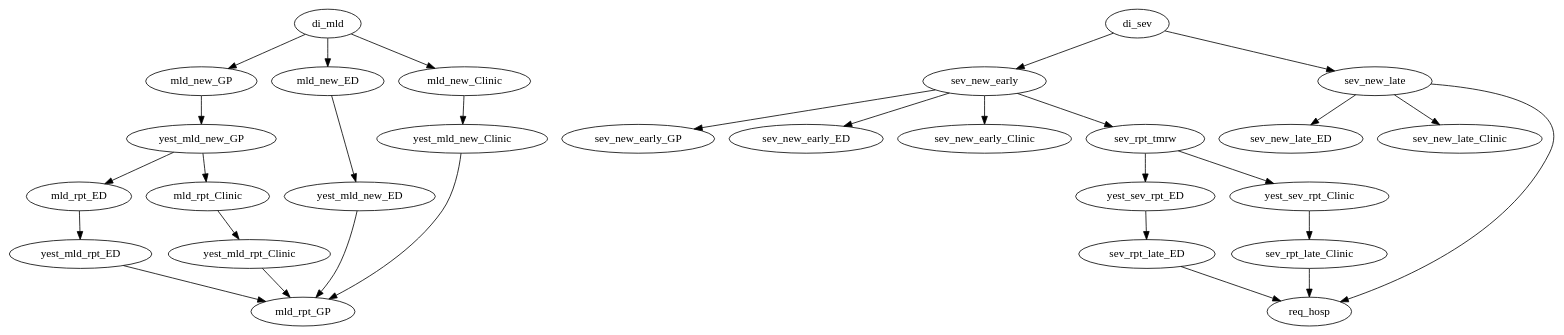
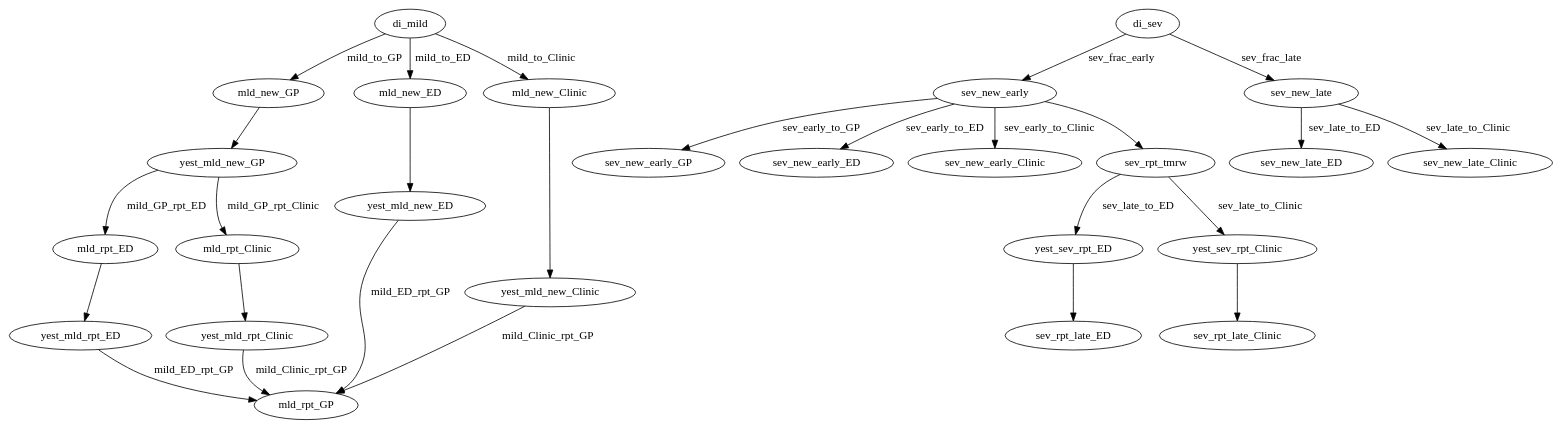
One commit to anu-act-health-covid19-support/patientpaths changed the diagram in src/patientpaths/variables.dot. Above: the diagram before and after it, drawn with Graphviz. The commit also changed 6 other files, not shown here.

```diff
--- a/src/patientpaths/variables.dot
+++ b/src/patientpaths/variables.dot
@@ -1,36 +1,28 @@
 digraph graphname {
-	di_mld -> mld_new_GP;
-	di_mld -> mld_new_ED;
-	di_mld -> mld_new_Clinic;
-
-	yest_mld_new_GP -> mld_rpt_ED;
-	yest_mld_new_GP -> mld_rpt_Clinic;
-	yest_mld_new_ED -> mld_rpt_GP;
-	yest_mld_rpt_ED -> mld_rpt_GP;
-	yest_mld_new_Clinic -> mld_rpt_GP;
-	yest_mld_rpt_Clinic -> mld_rpt_GP;
-
-	mld_new_GP -> yest_mld_new_GP;
-	mld_new_ED -> yest_mld_new_ED;
-	mld_new_Clinic -> yest_mld_new_Clinic;
-	mld_rpt_ED -> yest_mld_rpt_ED;
-	mld_rpt_Clinic -> yest_mld_rpt_Clinic;
-
-	di_sev -> sev_new_early;
-	sev_new_early -> sev_new_early_GP;
-	sev_new_early -> sev_new_early_ED;
-	sev_new_early -> sev_new_early_Clinic;
-	di_sev -> sev_new_late;
-	sev_new_late -> sev_new_late_ED;
-	sev_new_late -> sev_new_late_Clinic;
-	yest_sev_rpt_ED -> sev_rpt_late_ED;
-	yest_sev_rpt_Clinic -> sev_rpt_late_Clinic;
-
-	sev_new_early -> sev_rpt_tmrw;
-	sev_rpt_tmrw -> yest_sev_rpt_ED;
-	sev_rpt_tmrw -> yest_sev_rpt_Clinic;
-	sev_new_late -> req_hosp;
-	sev_rpt_late_ED -> req_hosp;
-	sev_rpt_late_Clinic -> req_hosp;
-
+di_mild -> mld_new_GP [label=mild_to_GP];
+di_mild -> mld_new_ED [label=mild_to_ED];
+di_mild -> mld_new_Clinic [label=mild_to_Clinic];
+yest_mld_new_GP -> mld_rpt_ED [label=mild_GP_rpt_ED];
+yest_mld_new_GP -> mld_rpt_Clinic [label=mild_GP_rpt_Clinic];
+yest_mld_new_ED -> mld_rpt_GP [label=mild_ED_rpt_GP];
+yest_mld_rpt_ED -> mld_rpt_GP [label=mild_ED_rpt_GP];
+yest_mld_new_Clinic -> mld_rpt_GP [label=mild_Clinic_rpt_GP];
+yest_mld_rpt_Clinic -> mld_rpt_GP [label=mild_Clinic_rpt_GP];
+di_sev -> sev_new_early [label=sev_frac_early];
+sev_new_early -> sev_new_early_GP [label=sev_early_to_GP];
+sev_new_early -> sev_new_early_ED [label=sev_early_to_ED];
+sev_new_early -> sev_new_early_Clinic [label=sev_early_to_Clinic];
+di_sev -> sev_new_late [label=sev_frac_late];
+sev_new_late -> sev_new_late_ED [label=sev_late_to_ED];
+sev_new_late -> sev_new_late_Clinic [label=sev_late_to_Clinic];
+sev_rpt_tmrw -> yest_sev_rpt_ED [label=sev_late_to_ED];
+sev_rpt_tmrw -> yest_sev_rpt_Clinic [label=sev_late_to_Clinic];
+sev_new_early -> sev_rpt_tmrw;
+yest_sev_rpt_ED -> sev_rpt_late_ED;
+yest_sev_rpt_Clinic -> sev_rpt_late_Clinic;
+mld_new_GP -> yest_mld_new_GP;
+mld_new_ED -> yest_mld_new_ED;
+mld_new_Clinic -> yest_mld_new_Clinic;
+mld_rpt_ED -> yest_mld_rpt_ED;
+mld_rpt_Clinic -> yest_mld_rpt_Clinic;
 }
```
